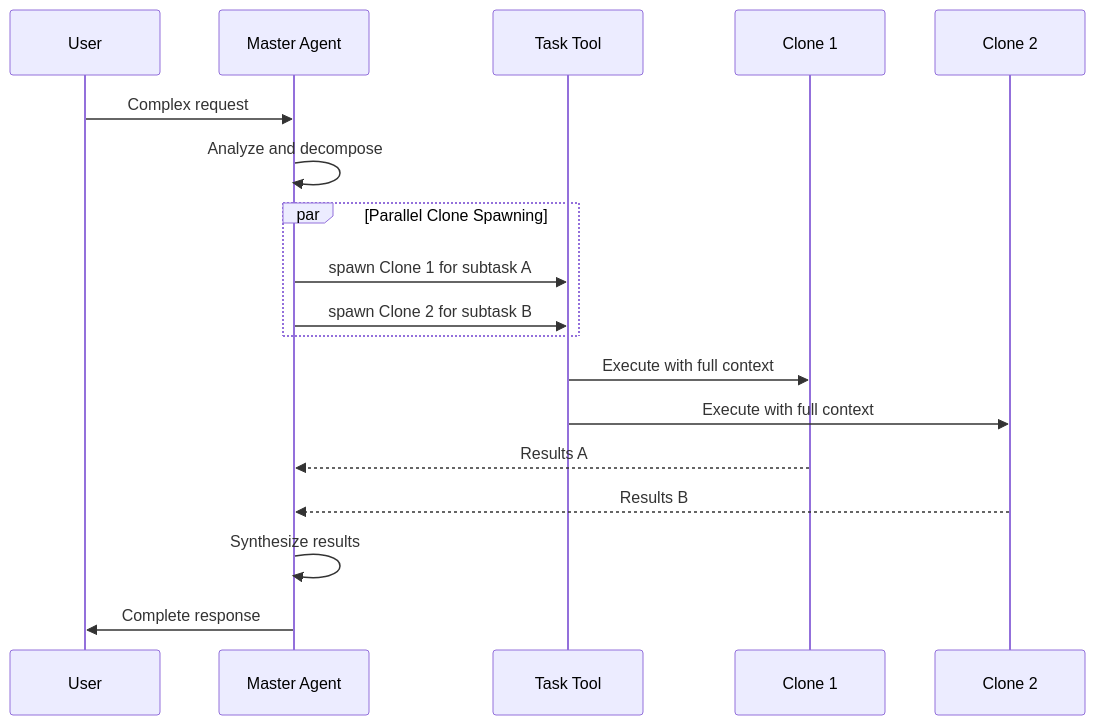
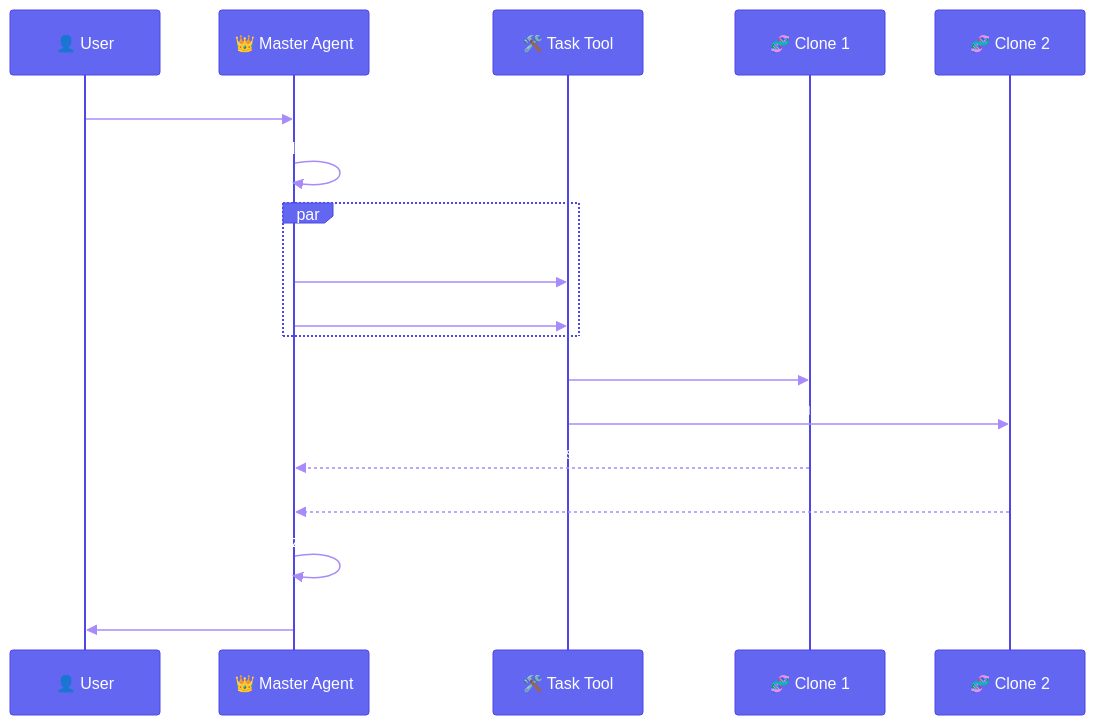
Before and after one commit to ThibautMelen/agentic-ai-systems: the third of 5 diagrams in patterns/04-master-clone-architecture.md, drawn with Mermaid. The commit also changed other lines of this file and 7 other files, not shown here.

First line of the commit message:
style(diagrams): add vibrant colors to all Mermaid diagrams

````diff
--- a/patterns/04-master-clone-architecture.md
+++ b/patterns/04-master-clone-architecture.md
@@ -96,25 +105,26 @@
 ```mermaid
+%%{init: {'theme': 'base', 'themeVariables': { 'primaryColor': '#8b5cf6', 'primaryTextColor': '#ffffff', 'primaryBorderColor': '#7c3aed', 'lineColor': '#a78bfa', 'actorBkg': '#6366f1', 'actorTextColor': '#ffffff', 'actorBorder': '#4f46e5', 'signalColor': '#a78bfa', 'activationBkgColor': '#c4b5fd', 'activationBorderColor': '#7c3aed'}}}%%
 sequenceDiagram
-    participant U as User
-    participant M as Master Agent
-    participant T as Task Tool
-    participant C1 as Clone 1
-    participant C2 as Clone 2
+    participant U as 👤 User
+    participant M as 👑 Master Agent
+    participant T as 🛠️ Task Tool
+    participant C1 as 🧬 Clone 1
+    participant C2 as 🧬 Clone 2
 
     U->>M: Complex request
     M->>M: Analyze and decompose
 
     par Parallel Clone Spawning
         M->>T: spawn Clone 1 for subtask A
         M->>T: spawn Clone 2 for subtask B
     end
 
     T->>C1: Execute with full context
     T->>C2: Execute with full context
 
     C1-->>M: Results A
     C2-->>M: Results B
 
     M->>M: Synthesize results
     M->>U: Complete response
 ```
````
